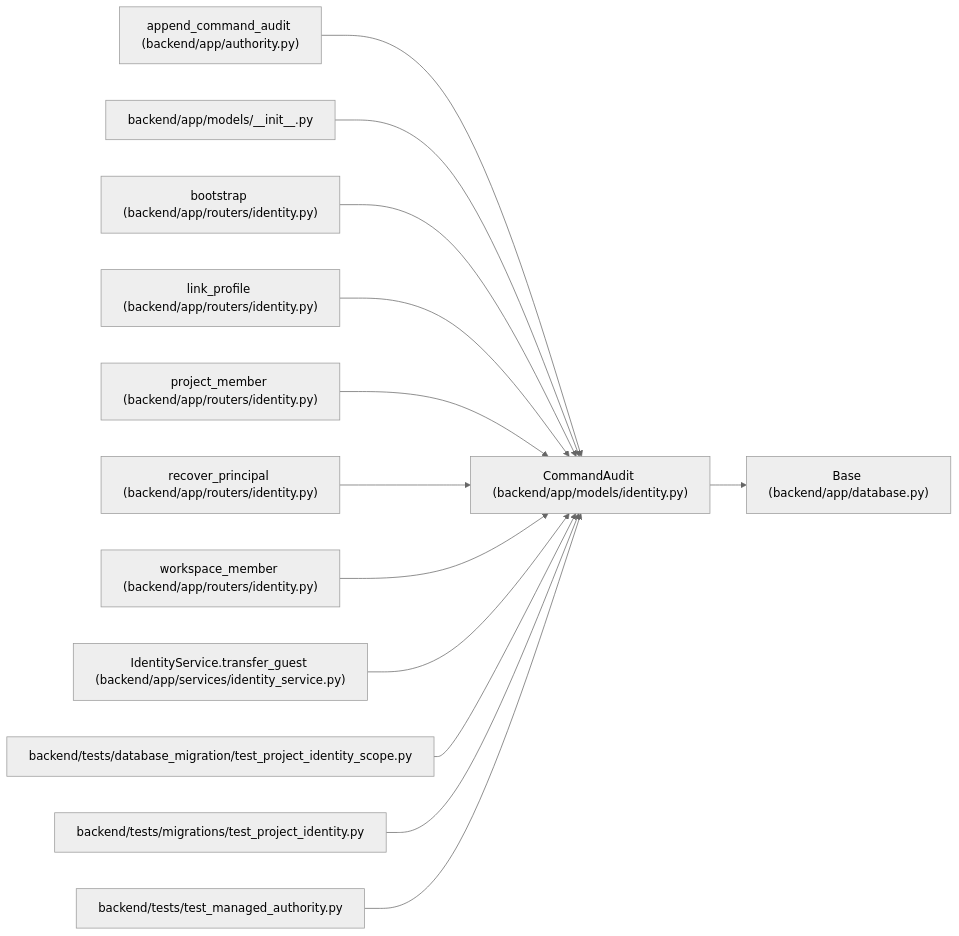
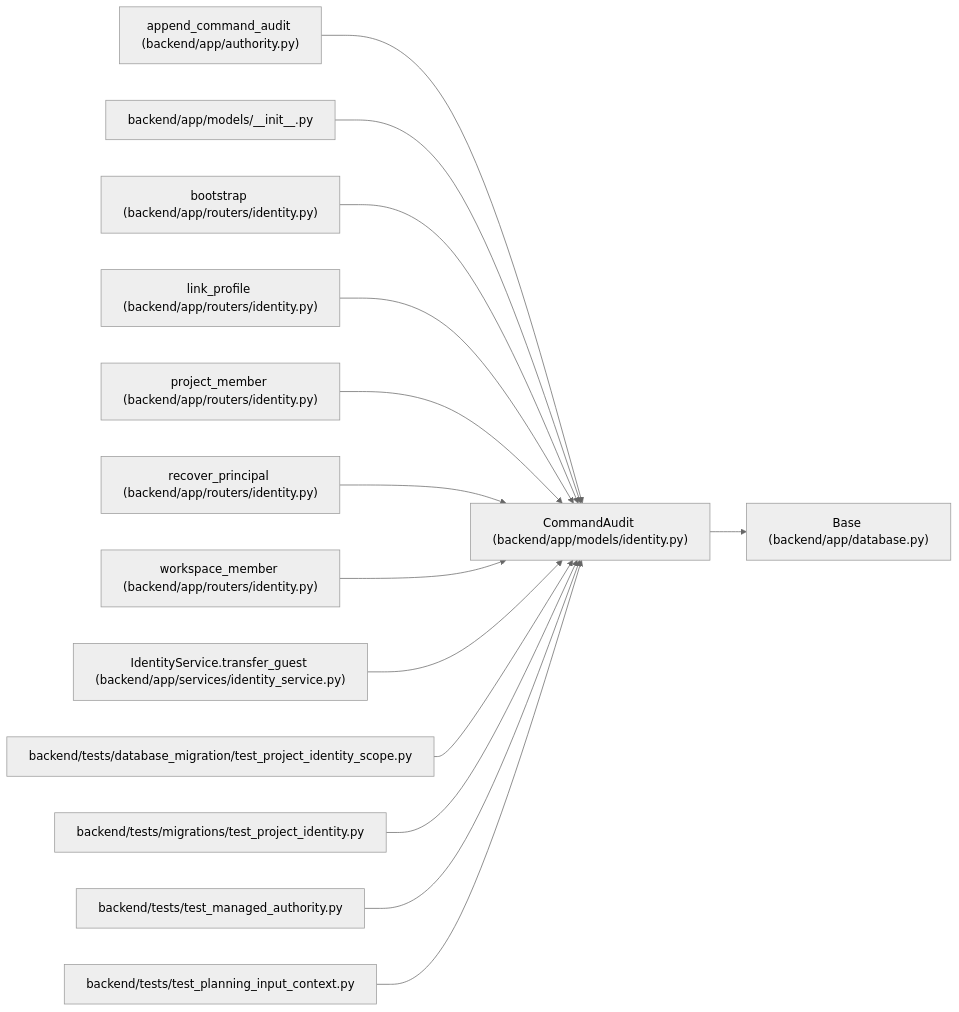
One commit to Denissvgn/WorkChord changed the diagram in docs/llm_wiki/entities/CommandAudit.md. Above: the diagram before and after it, drawn with Mermaid (neutral theme). The commit also changed other lines of this file and 476 other files, not shown here.

Commit message:
docs: document complete planning input observations

````diff
--- a/docs/llm_wiki/entities/CommandAudit.md
+++ b/docs/llm_wiki/entities/CommandAudit.md
@@ -33,41 +33,44 @@
 ```mermaid
 flowchart LR
     n0["CommandAudit (backend/app/models/identity.py)"]
     n1["Base (backend/app/database.py)"]
     n2["append_command_audit (backend/app/authority.py)"]
     n3["backend/app/models/__init__.py"]
     n4["bootstrap (backend/app/routers/identity.py)"]
     n5["link_profile (backend/app/routers/identity.py)"]
     n6["project_member (backend/app/routers/identity.py)"]
     n7["recover_principal (backend/app/routers/identity.py)"]
     n8["workspace_member (backend/app/routers/identity.py)"]
     n9["IdentityService.transfer_guest (backend/app/services/identity_service.py)"]
     n10["backend/tests/database_migration/test_project_identity_scope.py"]
     n11["backend/tests/migrations/test_project_identity.py"]
     n12["backend/tests/test_managed_authority.py"]
+    n13["backend/tests/test_planning_input_context.py"]
     n0 --> n1
     n2 --> n0
     n3 --> n0
     n4 --> n0
     n5 --> n0
     n6 --> n0
     n7 --> n0
     n8 --> n0
     n9 --> n0
     n10 --> n0
     n11 --> n0
     n12 --> n0
+    n13 --> n0
     click n0 "../modules/models_identity.md"
     click n1 "../modules/app_database.md"
     click n2 "../modules/authority.md"
     click n3 "../modules/models___init__.md"
     click n4 "../modules/routers_identity.md"
     click n5 "../modules/routers_identity.md"
     click n6 "../modules/routers_identity.md"
     click n7 "../modules/routers_identity.md"
     click n8 "../modules/routers_identity.md"
     click n9 "../modules/identity_service.md"
     click n10 "../modules/test_project_identity_scope.md"
     click n11 "../modules/test_project_identity.md"
     click n12 "../modules/test_managed_authority.md"
+    click n13 "../modules/test_planning_input_context.md"
 ```
````
